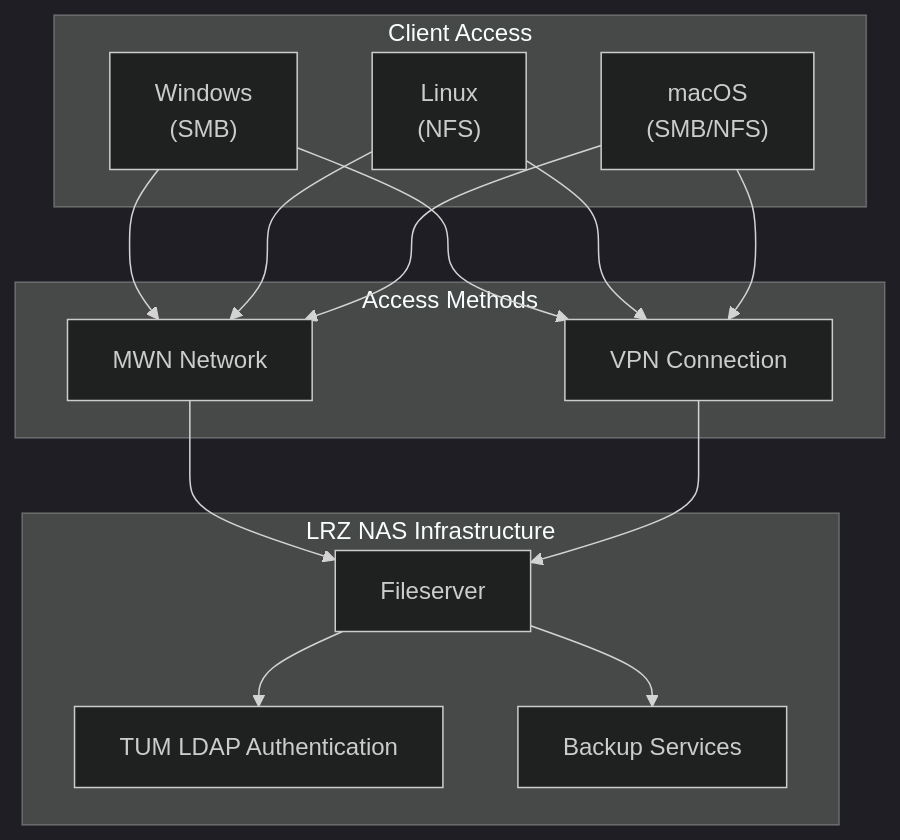
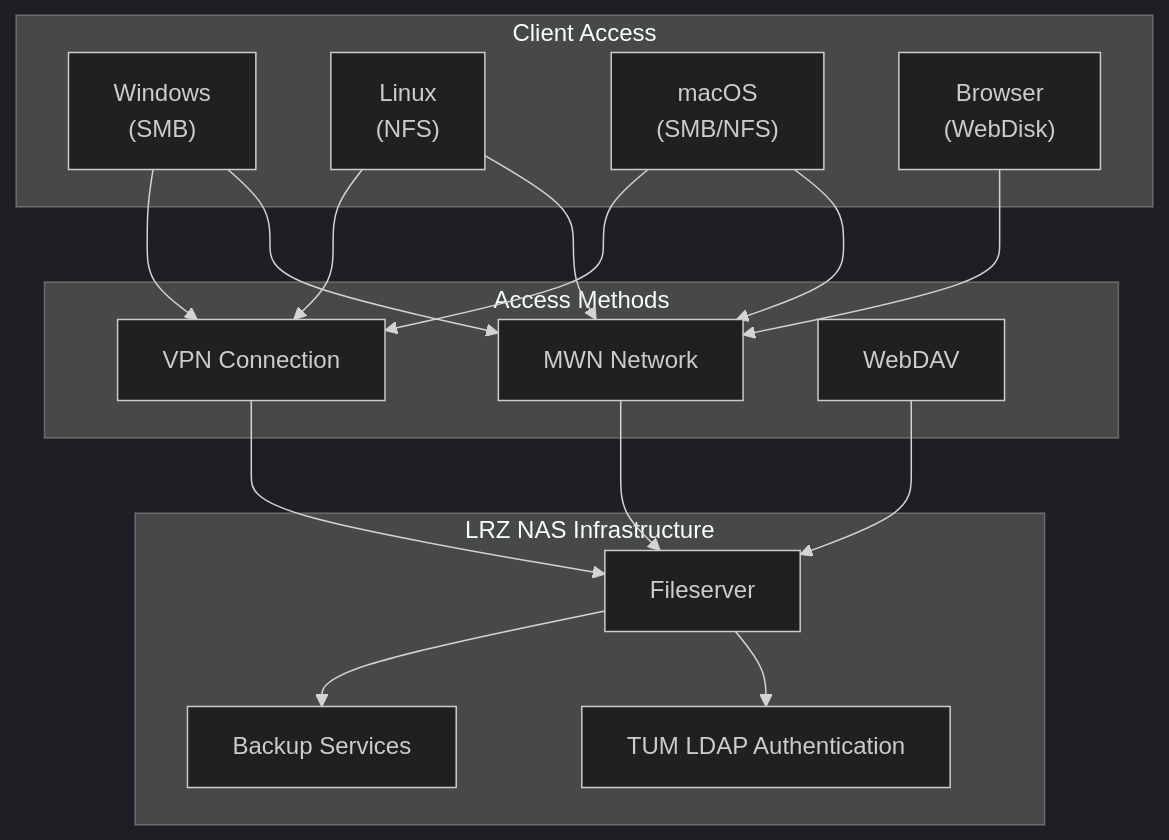
The first of 5 diagrams in en/chapters/06-storage-backup.qmd (jtimo/tum-ito-admin-guide), drawn with Mermaid (dark theme) before and after one commit. The commit also changed other lines of this file and 7 other files, not shown here.

````diff
--- a/en/chapters/06-storage-backup.qmd
+++ b/en/chapters/06-storage-backup.qmd
@@ -9,34 +14,38 @@
 ```{mermaid}
 %%| fig-cap: "NAS Service Architecture"
 flowchart TB
     subgraph Clients["Client Access"]
         Win["Windows<br/>(SMB)"]
         Linux["Linux<br/>(NFS)"]
         Mac["macOS<br/>(SMB/NFS)"]
+        Browser["Browser<br/>(WebDisk)"]
     end
 
     subgraph Access["Access Methods"]
         LAN["MWN Network"]
         VPN["VPN Connection"]
+        WebDAV["WebDAV"]
     end
 
     subgraph NAS["LRZ NAS Infrastructure"]
         FS["Fileserver"]
         LDAP["TUM LDAP Authentication"]
         Backup["Backup Services"]
     end
 
     Win --> LAN
     Linux --> LAN
     Mac --> LAN
+    Browser --> LAN
 
     Win --> VPN
     Linux --> VPN
     Mac --> VPN
 
     LAN --> FS
     VPN --> FS
+    WebDAV --> FS
 
     FS --> LDAP
     FS --> Backup
 ```
````
